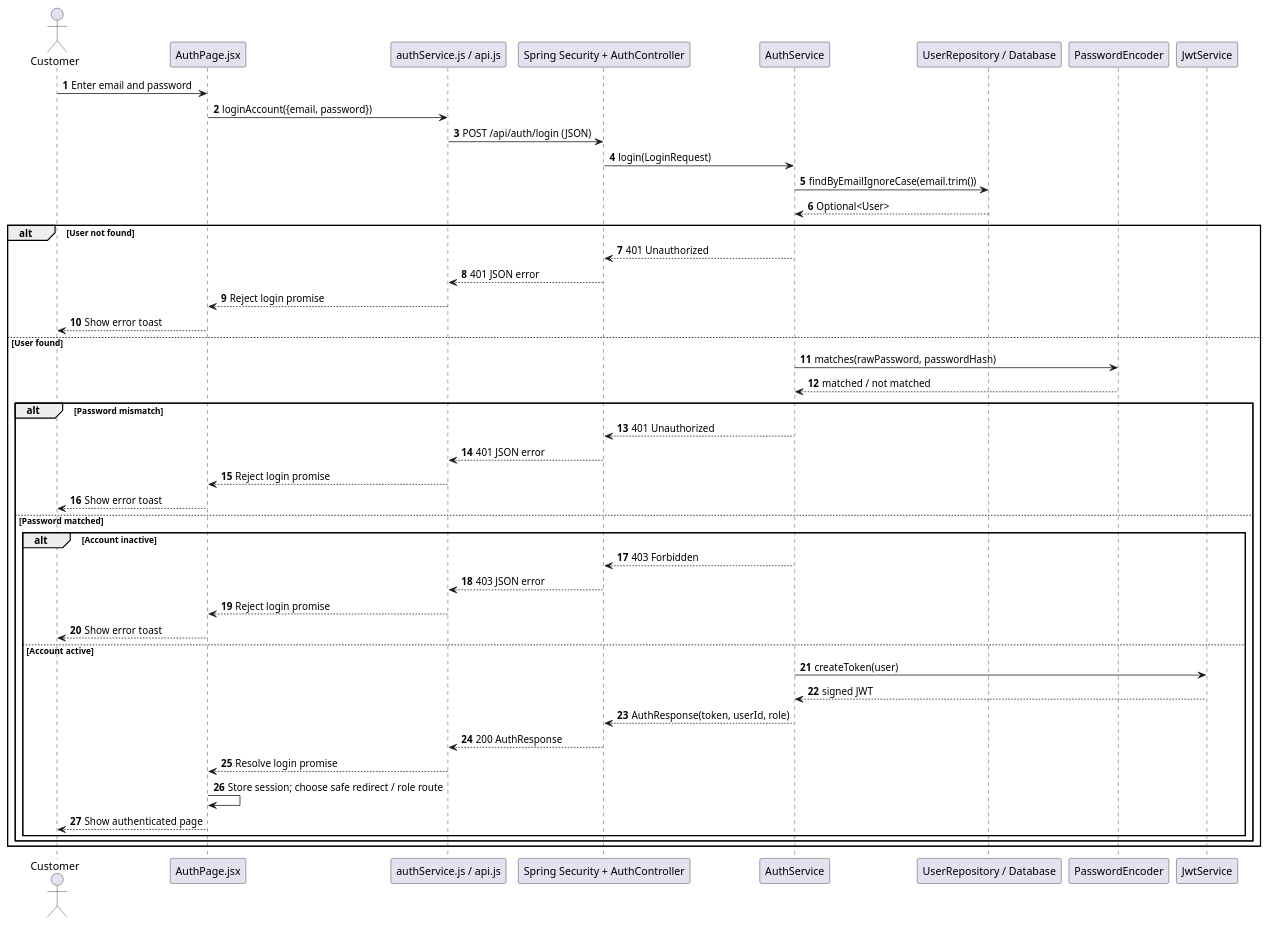
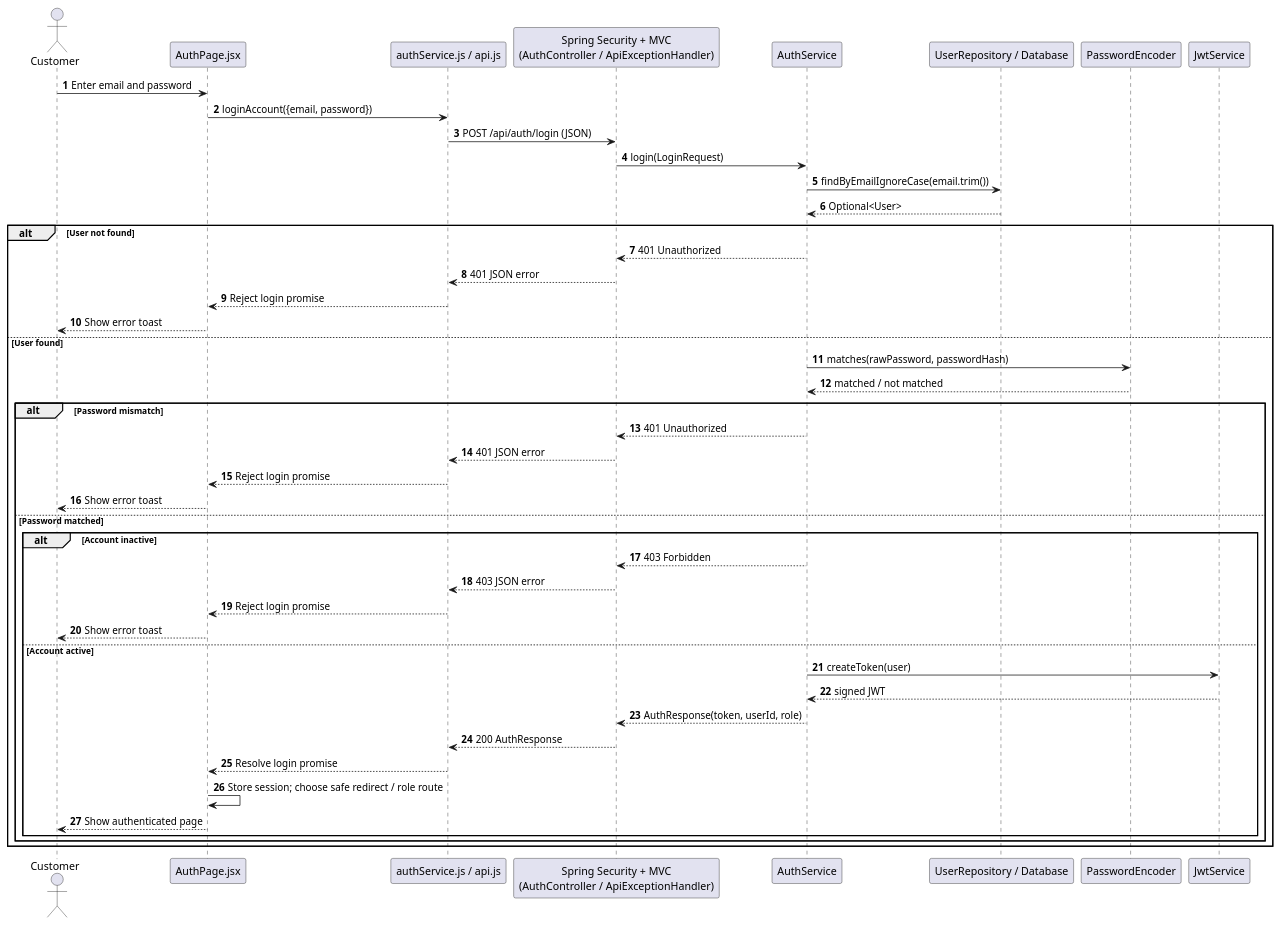
Before and after one commit to NguyenQuangDiep12/HeThongBanQuanAo: the diagram in docs/software-design/diagrams/sequence-login.puml, drawn with PlantUML. The commit also changed 37 other files, not shown here.

```diff
--- a/docs/software-design/diagrams/sequence-login.puml
+++ b/docs/software-design/diagrams/sequence-login.puml
@@ -1,48 +1,48 @@
 @startuml
 autonumber
 actor Customer
 participant "AuthPage.jsx" as UI
 participant "authService.js / api.js" as Client
-participant "Spring Security + AuthController" as API
+participant "Spring Security + MVC\n(AuthController / ApiExceptionHandler)" as API
 participant "AuthService" as Auth
 participant "UserRepository / Database" as Users
 participant "PasswordEncoder" as Encoder
 participant "JwtService" as JWT
 
 Customer -> UI: Enter email and password
 UI -> Client: loginAccount({email, password})
 Client -> API: POST /api/auth/login (JSON)
 API -> Auth: login(LoginRequest)
 Auth -> Users: findByEmailIgnoreCase(email.trim())
 Users --> Auth: Optional<User>
 alt User not found
   Auth --> API: 401 Unauthorized
   API --> Client: 401 JSON error
   Client --> UI: Reject login promise
   UI --> Customer: Show error toast
 else User found
   Auth -> Encoder: matches(rawPassword, passwordHash)
   Encoder --> Auth: matched / not matched
   alt Password mismatch
     Auth --> API: 401 Unauthorized
     API --> Client: 401 JSON error
     Client --> UI: Reject login promise
     UI --> Customer: Show error toast
   else Password matched
     alt Account inactive
       Auth --> API: 403 Forbidden
       API --> Client: 403 JSON error
       Client --> UI: Reject login promise
       UI --> Customer: Show error toast
     else Account active
       Auth -> JWT: createToken(user)
       JWT --> Auth: signed JWT
       Auth --> API: AuthResponse(token, userId, role)
       API --> Client: 200 AuthResponse
       Client --> UI: Resolve login promise
       UI -> UI: Store session; choose safe redirect / role route
       UI --> Customer: Show authenticated page
     end
   end
 end
 @enduml
```
